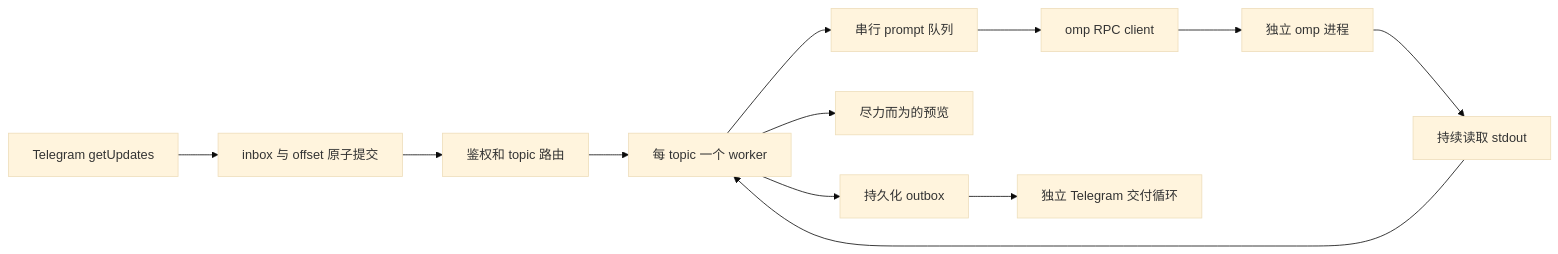
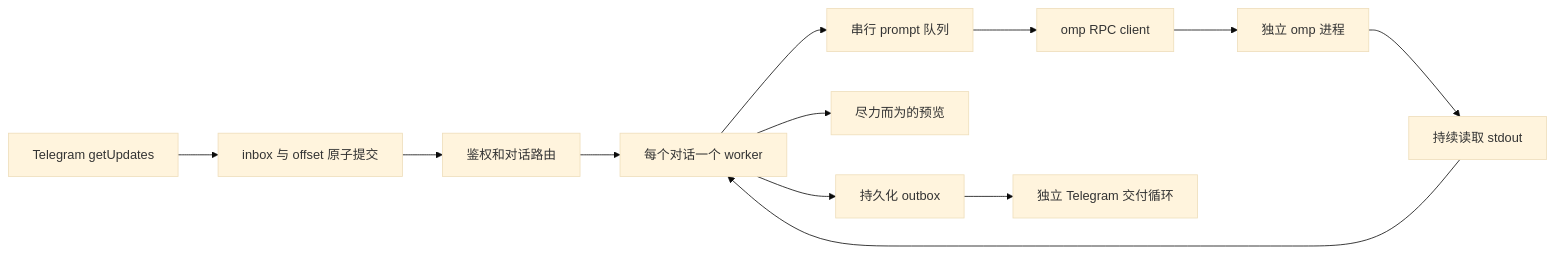
The diagram in doc/architecture.zh.md (accemlcc/omp-telegram), drawn with Mermaid (base theme) before and after one commit. The commit also changed other lines of this file and 12 other files, not shown here.

````diff
--- a/doc/architecture.zh.md
+++ b/doc/architecture.zh.md
@@ -30,14 +30,14 @@
 ```mermaid
 flowchart LR
     TG[Telegram getUpdates] --> IN[inbox 与 offset 原子提交]
-    IN --> AUTH[鉴权和 topic 路由]
-    AUTH --> W[每 topic 一个 worker]
+    IN --> AUTH[鉴权和对话路由]
+    AUTH --> W[每个对话一个 worker]
     W --> Q[串行 prompt 队列]
     Q --> RPC[omp RPC client]
     RPC --> OMP[独立 omp 进程]
     OMP --> READER[持续读取 stdout]
     READER --> W
     W --> PREVIEW[尽力而为的预览]
     W --> OUT[持久化 outbox]
     OUT --> DELIVERY[独立 Telegram 交付循环]
 ```
````
